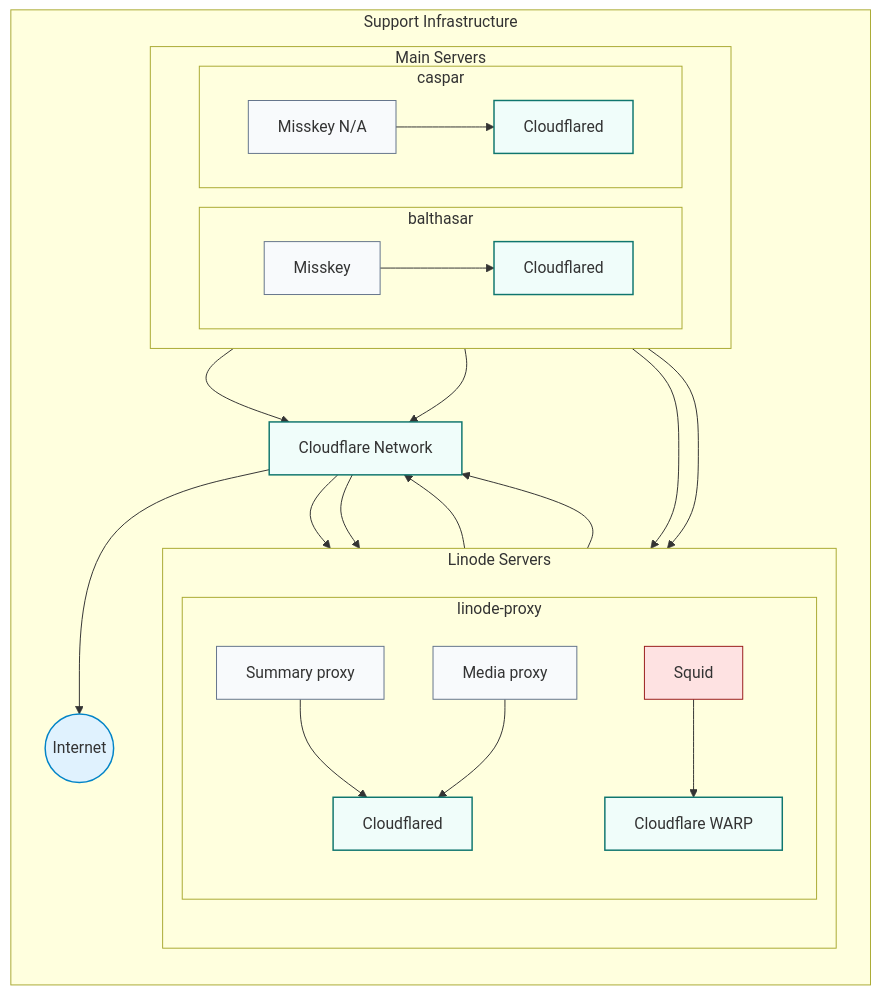
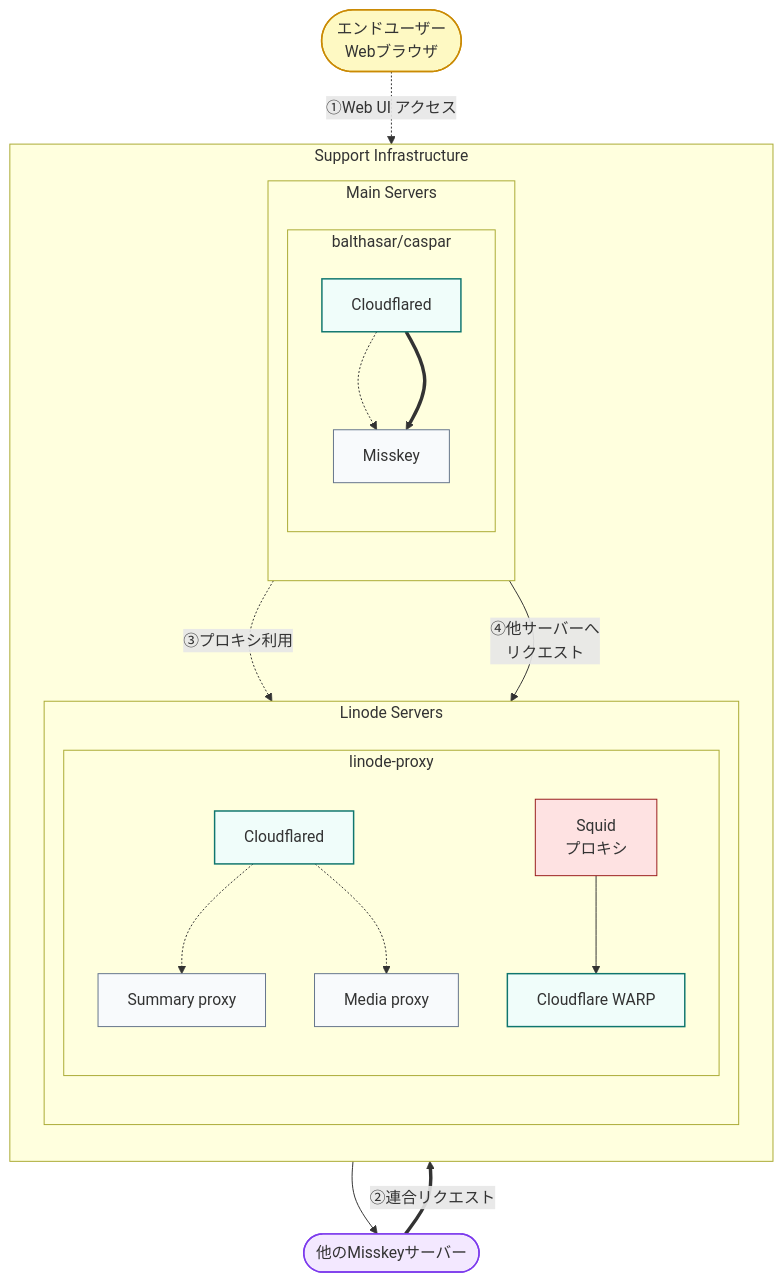
The fourth of 4 diagrams in README.md (yamisskey-dev/hosted-list), drawn with Mermaid before and after one commit.

````diff
--- a/README.md
+++ b/README.md
@@ -292,64 +292,55 @@
 ```mermaid
 graph TB
 classDef homeServer fill:#e2e8f0,stroke:#334155,stroke-width:2px
 classDef service fill:#f8fafc,stroke:#64748b,stroke-width:1px
 classDef security fill:#fee2e2,stroke:#991b1b,stroke-width:1px
 classDef cloudflare fill:#f0fdfa,stroke:#0f766e,stroke-width:1.5px
 classDef internet fill:#e0f2fe,stroke:#0284c7,stroke-width:1.5px
+classDef user fill:#fef9c3,stroke:#ca8a04,stroke-width:1.5px
+classDef federation fill:#f3e8ff,stroke:#7c3aed,stroke-width:1.5px
+
+%% External actors
+enduser([エンドユーザー<br/>Webブラウザ]):::user
+other_misskey([他のMisskeyサーバー]):::federation
 
 subgraph support[Support Infrastructure]
     direction TB
     
     subgraph linode[Linode Servers]
         direction TB
         subgraph proxy[linode-proxy]
             summaryproxy[Summary proxy]:::service
             mediaproxy[Media proxy]:::service
-            squid[Squid]:::security
+            squid[Squid<br/>プロキシ]:::security
             warp[Cloudflare WARP]:::cloudflare
             cloudflared_p[Cloudflared]:::cloudflare
         end
     end
     
     subgraph main_servers[Main Servers]
-        direction LR
-        subgraph balthasar[balthasar]
+        direction TB
+        subgraph balthasar_caspar[balthasar/caspar]
             yamisskey[Misskey]:::service
-            cloudflared_b[Cloudflared]:::cloudflare
-        end
-        subgraph caspar[caspar]
-            nayamisskey[Misskey N/A]:::service
-            cloudflared_c[Cloudflared]:::cloudflare
+            cloudflared_bc[Cloudflared]:::cloudflare
         end
     end
-    
-    cloudflare_network[Cloudflare Network]:::cloudflare
-    internet((Internet)):::internet
 end
 
-%% Misskeyからはcloudflared経由で外に出る
-yamisskey --> cloudflared_b
-nayamisskey --> cloudflared_c
+%% エンドユーザーのアクセス経路（青線）
+enduser -.->|"①Web UI アクセス"| cloudflared_bc
+cloudflared_bc -.-> yamisskey
 
-%% MisskeyからSquidへは直接
-yamisskey --> squid
-nayamisskey --> squid
+%% 他のMisskeyサーバーからの連合リクエスト（紫線）
+other_misskey ==>|"②連合リクエスト"| cloudflared_bc
+cloudflared_bc ==> yamisskey
 
-%% Cloudflared -> Cloudflare Network
-cloudflared_b --> cloudflare_network
-cloudflared_c --> cloudflare_network
-cloudflared_p --> cloudflare_network
+%% Misskeyサーバーからプロキシへの内部リクエスト（オレンジ線）
+yamisskey -.->|"③プロキシ利用"| cloudflared_p
+cloudflared_p -.-> summaryproxy
+cloudflared_p -.-> mediaproxy
 
-%% Cloudflare Network -> 公開されたサービス
-cloudflare_network --> summaryproxy
-cloudflare_network --> mediaproxy
-
-%% 各ProxyからCloudflaredへ
-summaryproxy --> cloudflared_p
-mediaproxy --> cloudflared_p
-
-%% SquidからはWARP経由で外に出る
+%% Misskeyサーバーからの外向き通信（赤線）
+yamisskey -->|"④他サーバーへ<br/>リクエスト"| squid
 squid --> warp
-warp --> cloudflare_network
-cloudflare_network --> internet
+warp --> other_misskey
 ```
````
